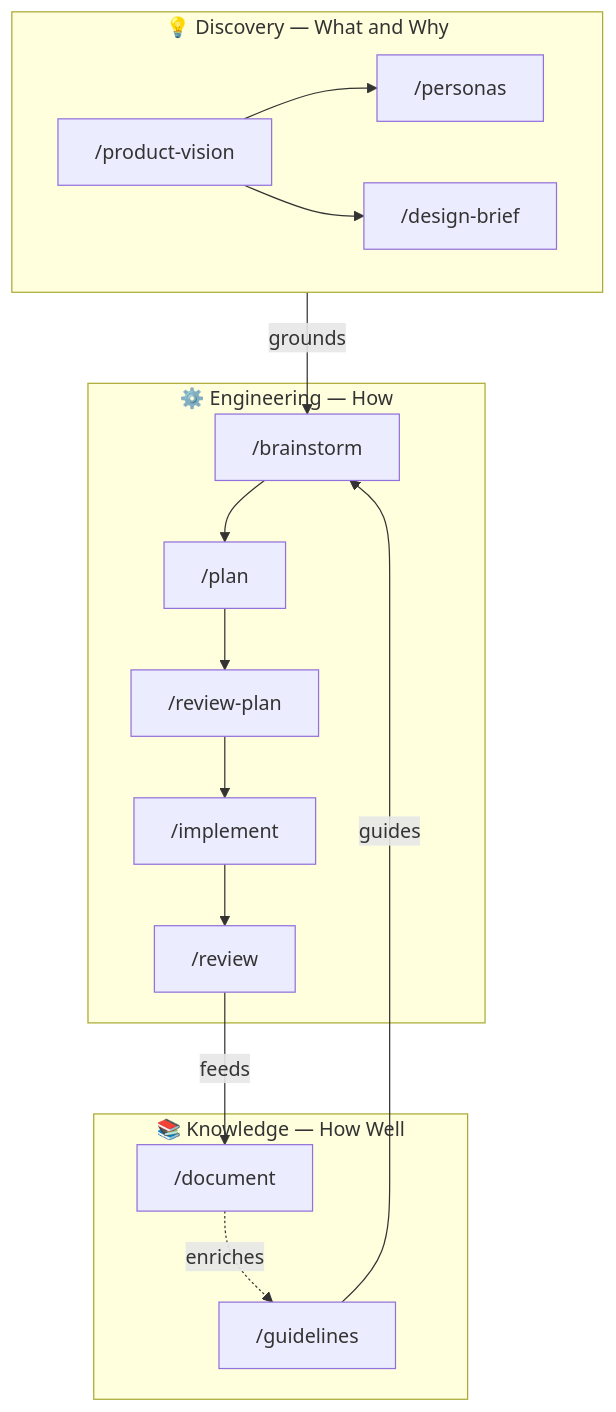
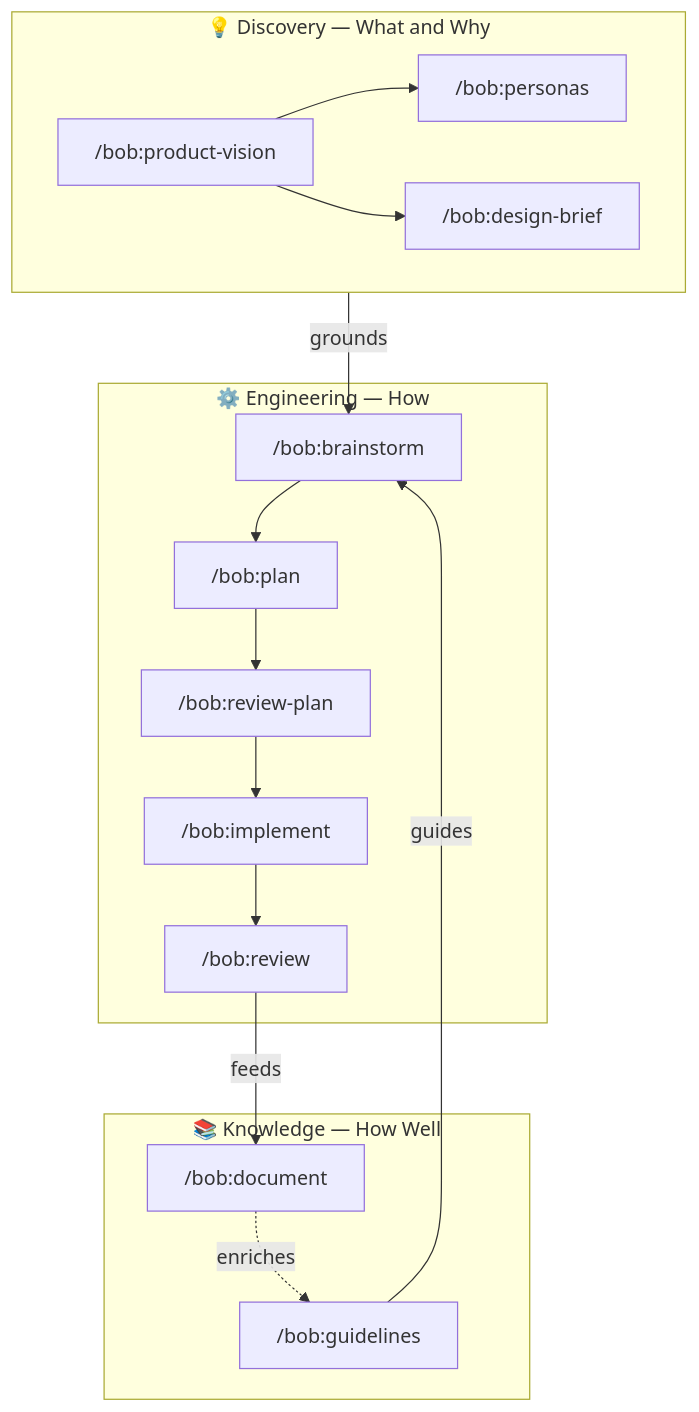
The first of 5 diagrams in docs/user-guide.md (bofrese/dot.claude), drawn with Mermaid before and after one commit. The commit also changed other lines of this file and 14 other files, not shown here.

````diff
--- a/docs/user-guide.md
+++ b/docs/user-guide.md
@@ -61,19 +61,19 @@
 ```mermaid
 flowchart TD
     subgraph Discovery["💡 Discovery — What and Why"]
-        PV["/product-vision"] --> PA["/personas"]
-        PV --> DB["/design-brief"]
+        PV["/bob:product-vision"] --> PA["/bob:personas"]
+        PV --> DB["/bob:design-brief"]
     end
     subgraph Engineering["⚙️ Engineering — How"]
-        BS["/brainstorm"] --> PL["/plan"]
-        PL --> RP["/review-plan"]
-        RP --> IM["/implement"]
-        IM --> RV["/review"]
+        BS["/bob:brainstorm"] --> PL["/bob:plan"]
+        PL --> RP["/bob:review-plan"]
+        RP --> IM["/bob:implement"]
+        IM --> RV["/bob:review"]
     end
     subgraph Knowledge["📚 Knowledge — How Well"]
-        DC["/document"] -.->|"enriches"| GL["/guidelines"]
+        DC["/bob:document"] -.->|"enriches"| GL["/bob:guidelines"]
     end
     Discovery -->|"grounds"| BS
     RV -->|"feeds"| DC
     GL -->|"guides"| BS
 ```
````
